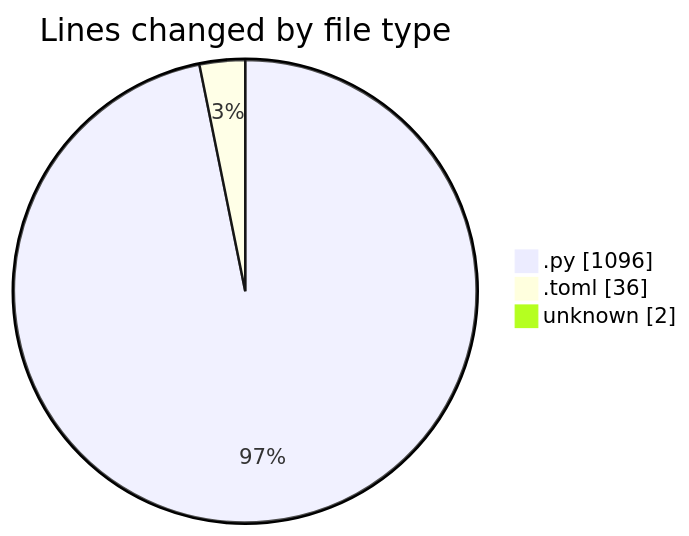
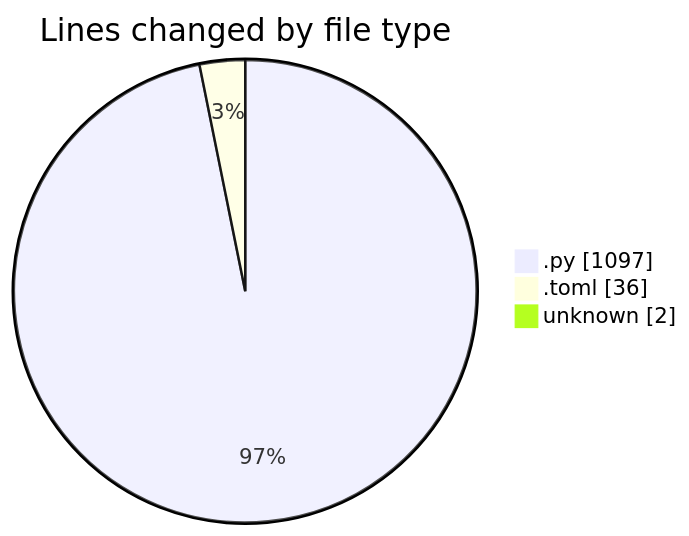
Before and after one commit to julien-gomy/code-tracking: the first of 2 diagrams in 2025-11-20/eventscop-api-guide__workspace_/README.md, drawn with Mermaid. The commit also changed other lines of this file and 1 other file, not shown here.

````diff
--- a/2025-11-20/eventscop-api-guide__workspace_/README.md
+++ b/2025-11-20/eventscop-api-guide__workspace_/README.md
@@ -28,7 +28,7 @@
 ```mermaid
 pie showData
 title Lines changed by file type
-".py" : 1096
+".py" : 1097
 ".toml" : 36
 "unknown" : 2
 ```
````
